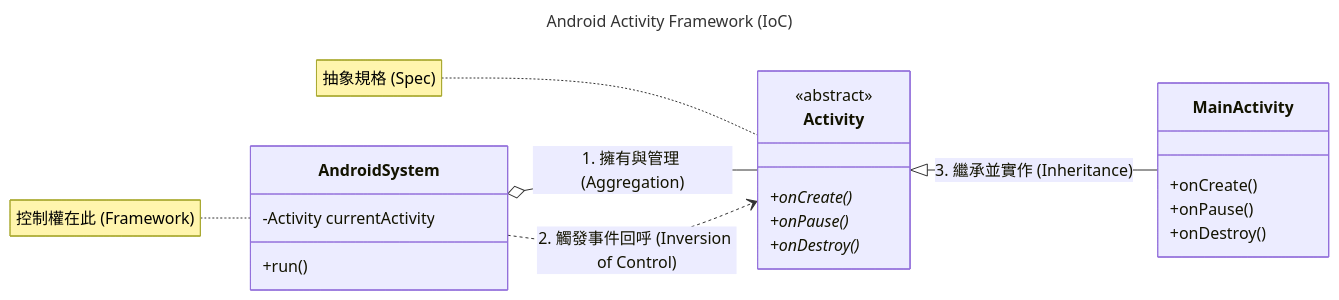
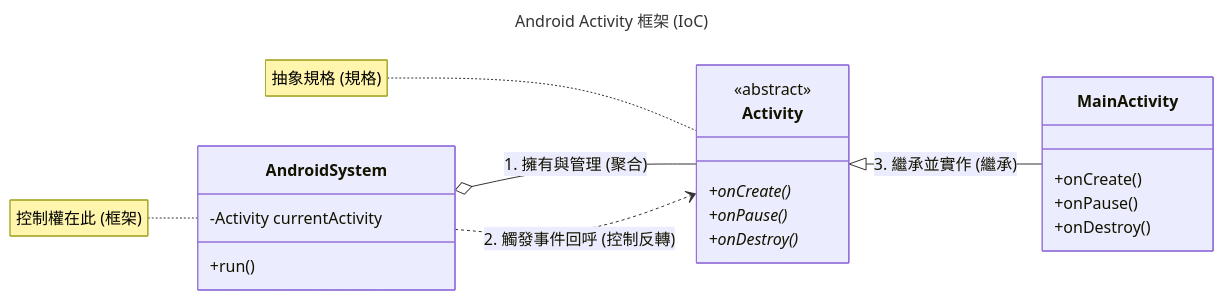
Diagram 16 of 17 in Part3_Principle/ch08_oo.md (nlhsueh/teach_sw_fw), drawn with Mermaid before and after one commit. The commit also changed other lines of this file and 1 other file, not shown here.

Commit message:
style: translate diagram titles and notes to Chinese in ch07 and ch08

````diff
--- a/Part3_Principle/ch08_oo.md
+++ b/Part3_Principle/ch08_oo.md
@@ -1110,29 +1106,29 @@
 ```mermaid
 ---
-title: Android Activity Framework (IoC)
+title: Android Activity 框架 (IoC)
 ---
 classDiagram
     direction LR
     class AndroidSystem {
         -Activity currentActivity
         +run()
     }
     class Activity {
         <<abstract>>
         +onCreate()*
         +onPause()*
         +onDestroy()*
     }
     class MainActivity {
         +onCreate()
         +onPause()
         +onDestroy()
     }
 
-    AndroidSystem o-- Activity : 1. 擁有與管理 (Aggregation)
-    AndroidSystem ..> Activity : 2. 觸發事件回呼 (Inversion of Control)
-    Activity <|-- MainActivity : 3. 繼承並實作 (Inheritance)
+    AndroidSystem o-- Activity : 1. 擁有與管理 (聚合)
+    AndroidSystem ..> Activity : 2. 觸發事件回呼 (控制反轉)
+    Activity <|-- MainActivity : 3. 繼承並實作 (繼承)
 
-    note for AndroidSystem "控制權在此 (Framework)"
-    note for Activity "抽象規格 (Spec)"
+    note for AndroidSystem "控制權在此 (框架)"
+    note for Activity "抽象規格 (規格)"
 ```
````
